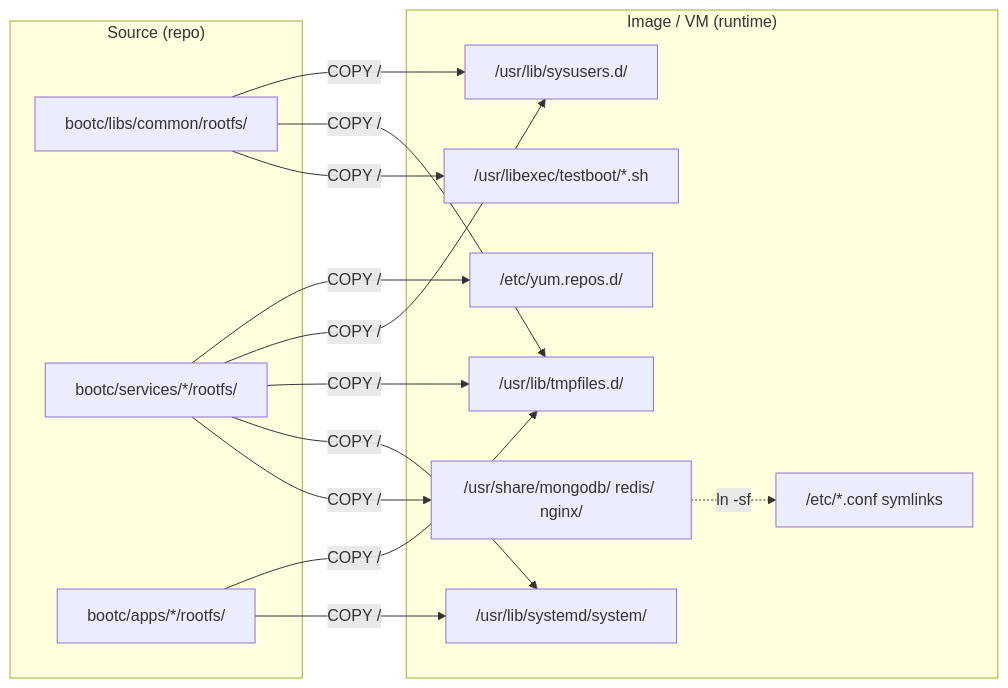
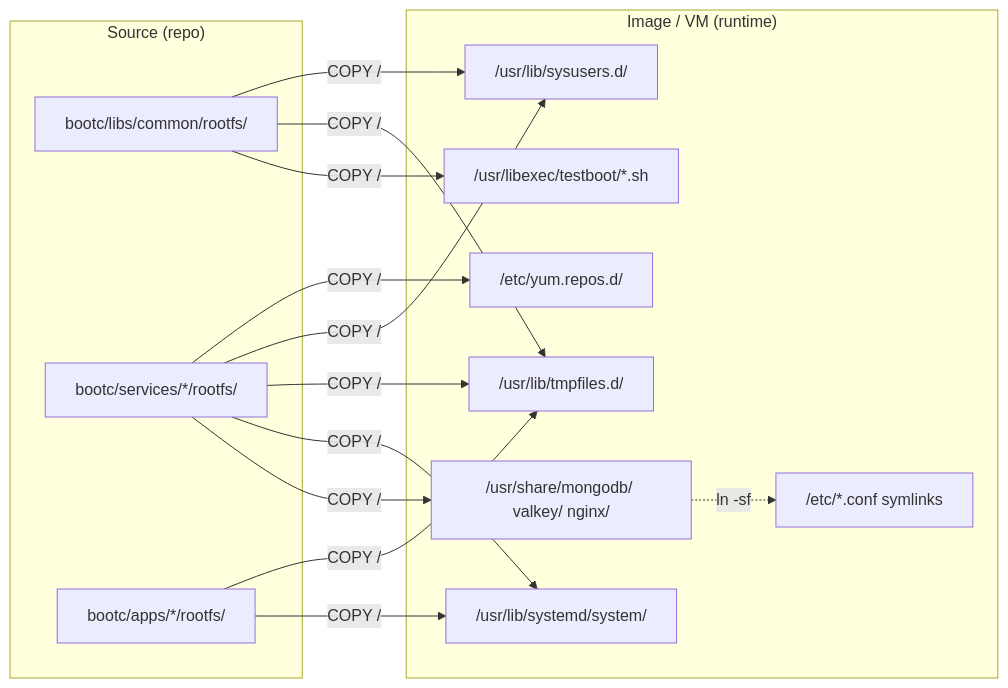
One commit to duyhenryer/bootc-testboot changed the third of 7 diagrams in docs/project/001-architecture-overview.md. Above: the diagram before and after it, drawn with Mermaid. The commit also changed other lines of this file and 25 other files, not shown here.

Commit message:
docs: replace redis with valkey and update arch notes

````diff
--- a/docs/project/001-architecture-overview.md
+++ b/docs/project/001-architecture-overview.md
@@ -123,30 +123,30 @@
 ```mermaid
 flowchart LR
     subgraph repo ["Source (repo)"]
         libs["bootc/libs/common/rootfs/"]
         svcs["bootc/services/*/rootfs/"]
         apps["bootc/apps/*/rootfs/"]
     end
 
     subgraph image ["Image / VM (runtime)"]
         libexec["/usr/libexec/testboot/*.sh"]
-        share["/usr/share/mongodb/ redis/ nginx/"]
+        share["/usr/share/mongodb/ valkey/ nginx/"]
         systemd["/usr/lib/systemd/system/"]
         tmpfiles["/usr/lib/tmpfiles.d/"]
         sysusers["/usr/lib/sysusers.d/"]
         yumrepo["/etc/yum.repos.d/"]
         etclink["/etc/*.conf symlinks"]
     end
 
     libs -->|"COPY / "| libexec
     libs -->|"COPY / "| tmpfiles
     libs -->|"COPY / "| sysusers
     svcs -->|"COPY / "| share
     svcs -->|"COPY / "| systemd
     svcs -->|"COPY / "| tmpfiles
     svcs -->|"COPY / "| sysusers
     svcs -->|"COPY / "| yumrepo
     apps -->|"COPY / "| systemd
     apps -->|"COPY / "| tmpfiles
     share -.->|"ln -sf"| etclink
 ```
````
